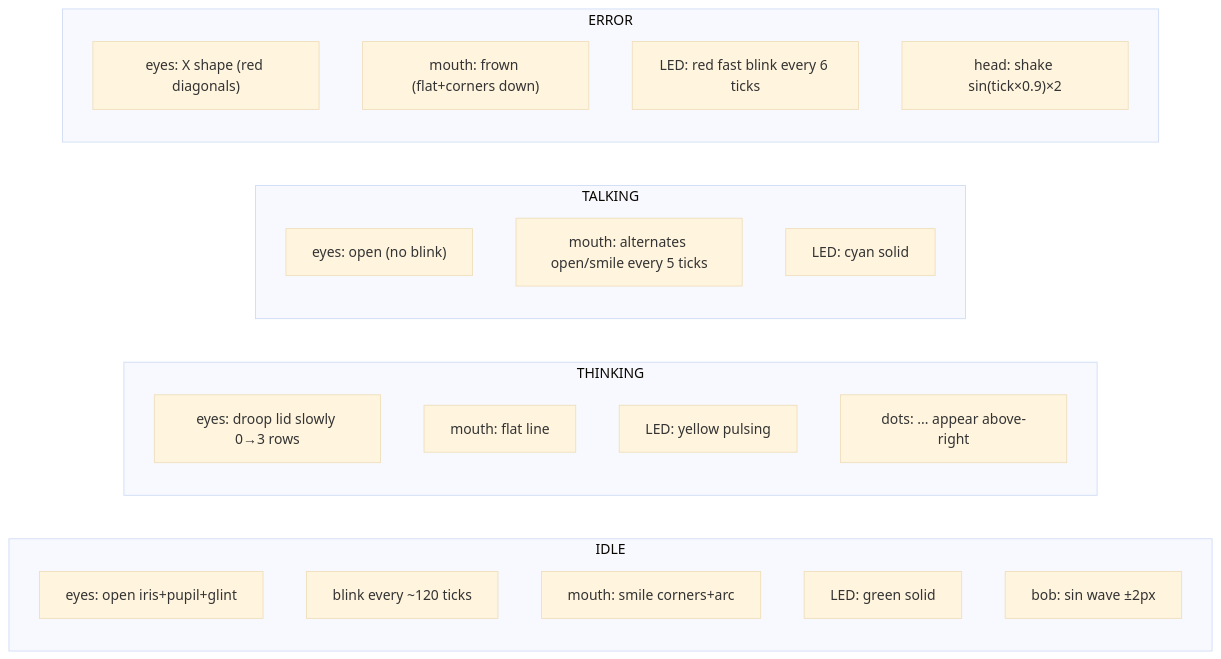
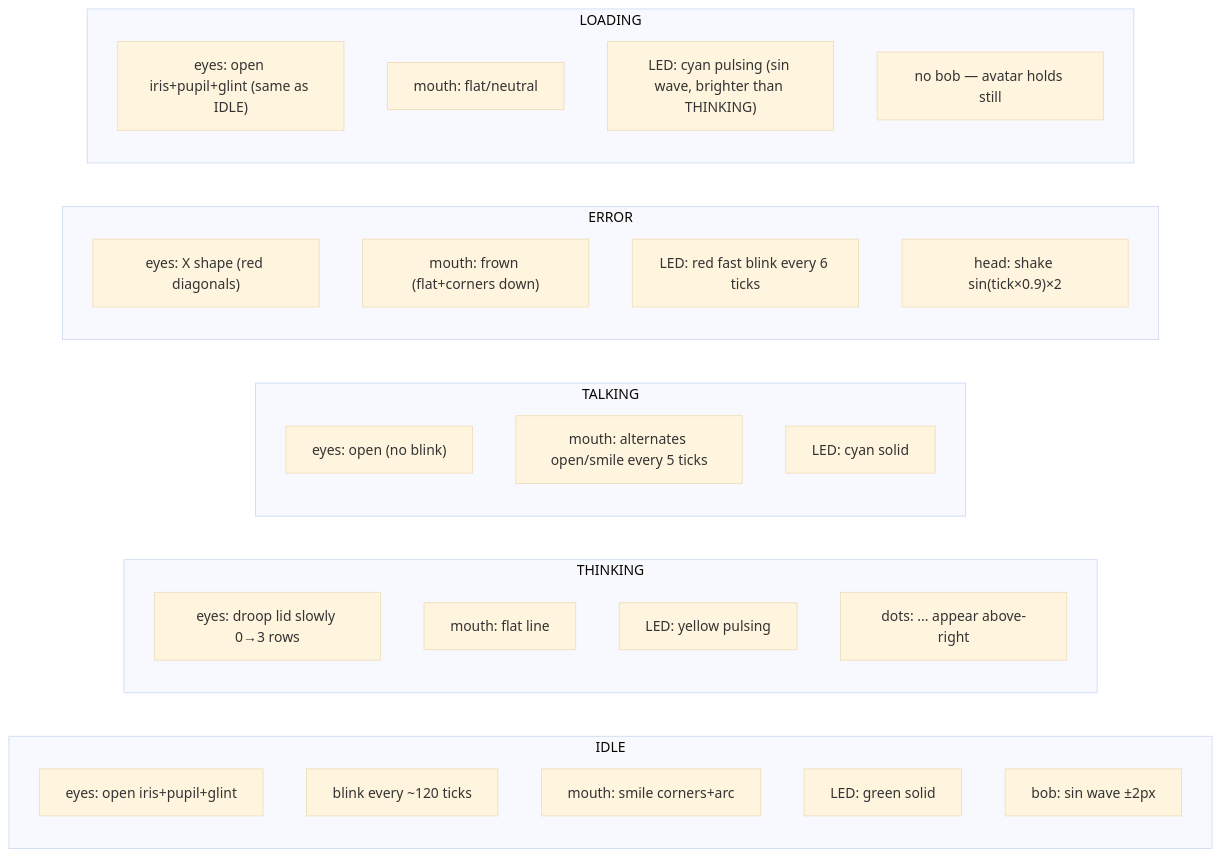
Before and after one commit to KhunKomkrit/agentbk: the second of 3 diagrams in docs/03-avatar-system.md, drawn with Mermaid (base theme). The commit also changed other lines of this file and 12 other files, not shown here.

````diff
--- a/docs/03-avatar-system.md
+++ b/docs/03-avatar-system.md
@@ -87,30 +88,37 @@
 ```mermaid
 graph LR
     subgraph IDLE
         I1["eyes: open iris+pupil+glint"]
         I2["blink every ~120 ticks"]
         I3["mouth: smile corners+arc"]
         I4["LED: green solid"]
         I5["bob: sin wave ±2px"]
     end
 
     subgraph THINKING
         T1["eyes: droop lid slowly 0→3 rows"]
         T2["mouth: flat line"]
         T3["LED: yellow pulsing"]
         T4["dots: ... appear above-right"]
     end
 
     subgraph TALKING
         K1["eyes: open (no blink)"]
         K2["mouth: alternates open/smile every 5 ticks"]
         K3["LED: cyan solid"]
     end
 
     subgraph ERROR
         E1["eyes: X shape (red diagonals)"]
         E2["mouth: frown (flat+corners down)"]
         E3["LED: red fast blink every 6 ticks"]
         E4["head: shake sin(tick×0.9)×2"]
     end
+
+    subgraph LOADING
+        L1["eyes: open iris+pupil+glint (same as IDLE)"]
+        L2["mouth: flat/neutral"]
+        L3["LED: cyan pulsing (sin wave, brighter than THINKING)"]
+        L4["no bob — avatar holds still"]
+    end
 ```
````
